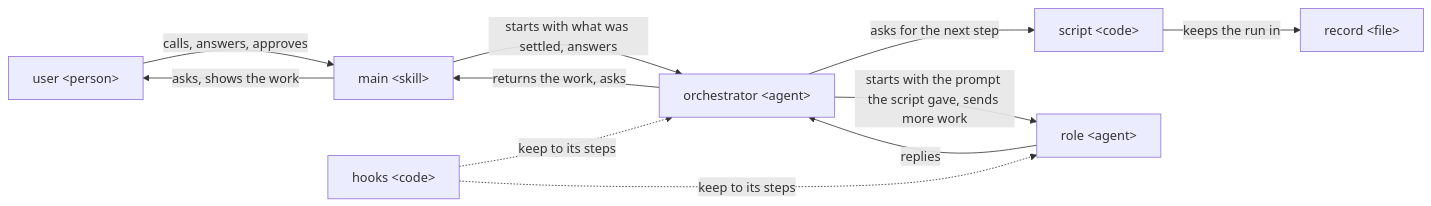
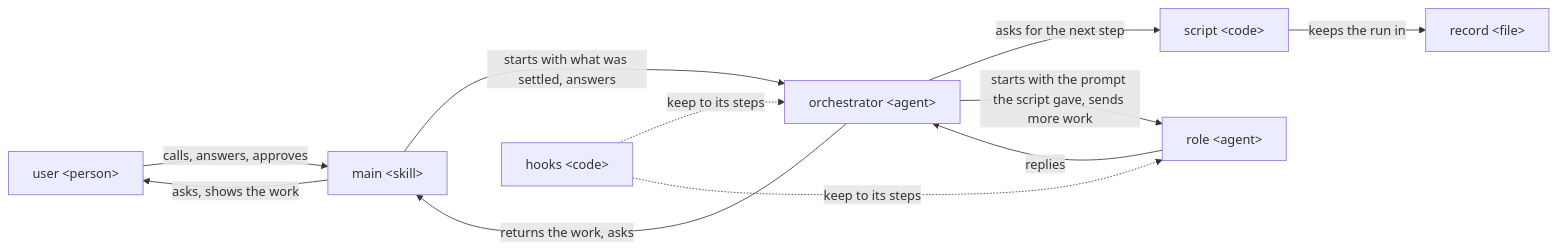
The first of 2 diagrams in dev/architecture.md (lovaizu/ccpm), drawn with Mermaid before and after one commit.

Commit message:
How a plugin works: the figure reads from the user on the left, as hooks, starting no arrow, had been laid first
Claude-Session: https://claude.ai/code/session_01VdR6B5Jp36Hdq4eP9iBb1h

````diff
--- a/dev/architecture.md
+++ b/dev/architecture.md
@@ -8,20 +8,21 @@
 ```mermaid
 flowchart LR
   user["user &lt;person&gt;"]
   main["main &lt;skill&gt;"]
   orch["orchestrator &lt;agent&gt;"]
   script["script &lt;code&gt;"]
   record["record &lt;file&gt;"]
   role["role &lt;agent&gt;"]
   hooks["hooks &lt;code&gt;"]
   user -->|calls, answers, approves| main
   main -->|asks, shows the work| user
   main -->|starts with what was settled, answers| orch
   orch -->|returns the work, asks| main
   orch -->|asks for the next step| script
   script -->|keeps the run in| record
   orch -->|starts with the prompt the script gave, sends more work| role
   role -->|replies| orch
+  main ~~~ hooks
   hooks -.->|keep to its steps| orch
   hooks -.->|keep to its steps| role
 ```
````
